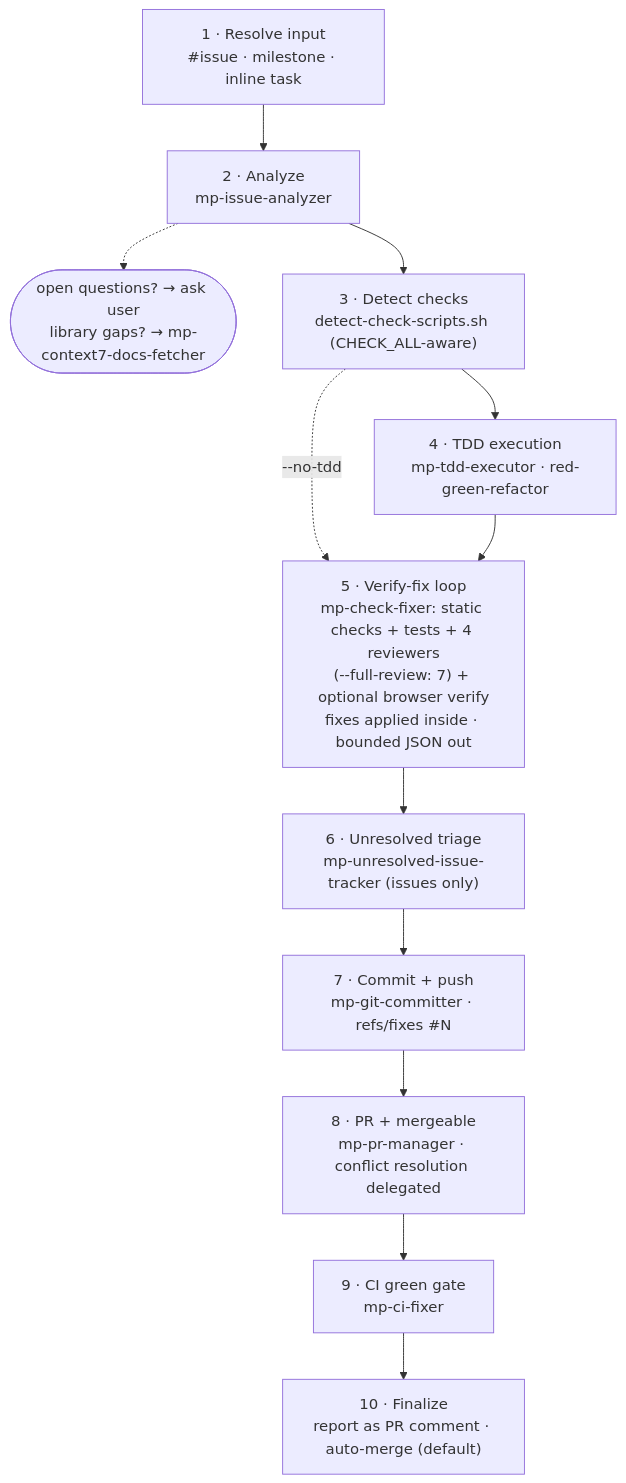
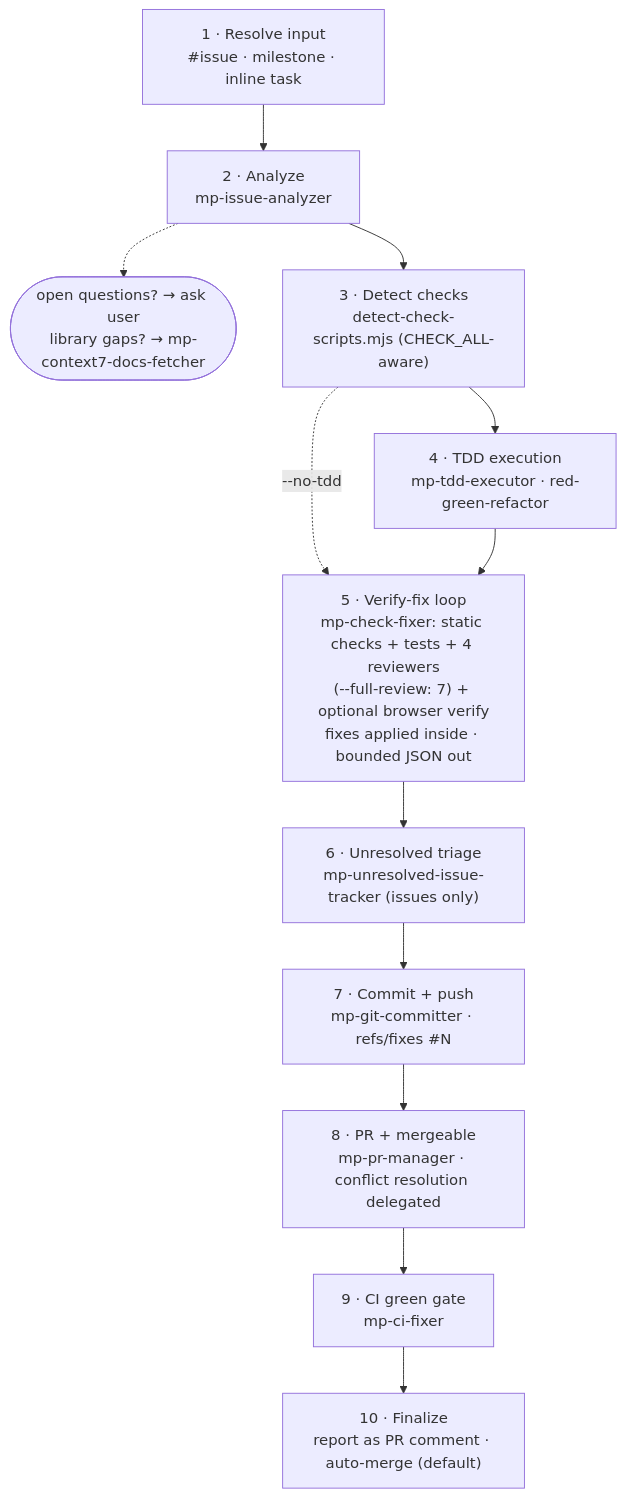
One commit to MartinoPolo/mpx-claude-code changed the second of 2 diagrams in README.md. Above: the diagram before and after it, drawn with Mermaid. The commit also changed other lines of this file and 145 other files, not shown here.

````diff
--- a/README.md
+++ b/README.md
@@ -25,22 +58,22 @@
 ```mermaid
 flowchart TD
     resolve["1 · Resolve input<br/>#issue · milestone · inline task"]
     analyze["2 · Analyze<br/>mp-issue-analyzer"]
     ask(["open questions? → ask user<br/>library gaps? → mp-context7-docs-fetcher"])
-    checks["3 · Detect checks<br/>detect-check-scripts.sh (CHECK_ALL-aware)"]
+    checks["3 · Detect checks<br/>detect-check-scripts.mjs (CHECK_ALL-aware)"]
     tdd["4 · TDD execution<br/>mp-tdd-executor · red-green-refactor"]
     verify["5 · Verify-fix loop<br/>mp-check-fixer: static checks + tests + 4 reviewers<br/>(--full-review: 7) + optional browser verify<br/>fixes applied inside · bounded JSON out"]
     triage["6 · Unresolved triage<br/>mp-unresolved-issue-tracker (issues only)"]
     commit["7 · Commit + push<br/>mp-git-committer · refs/fixes #N"]
     pr["8 · PR + mergeable<br/>mp-pr-manager · conflict resolution delegated"]
     ci["9 · CI green gate<br/>mp-ci-fixer"]
     finalize["10 · Finalize<br/>report as PR comment · auto-merge (default)"]
 
     resolve --> analyze
     analyze -.-> ask
     analyze --> checks
     checks --> tdd
     checks -. "--no-tdd" .-> verify
     tdd --> verify
     verify --> triage --> commit --> pr --> ci --> finalize
 ```
````
